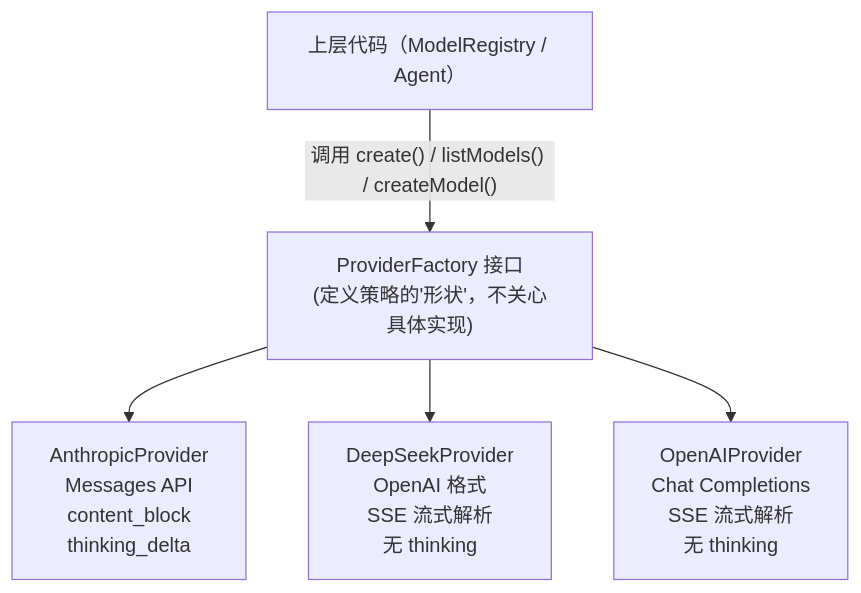
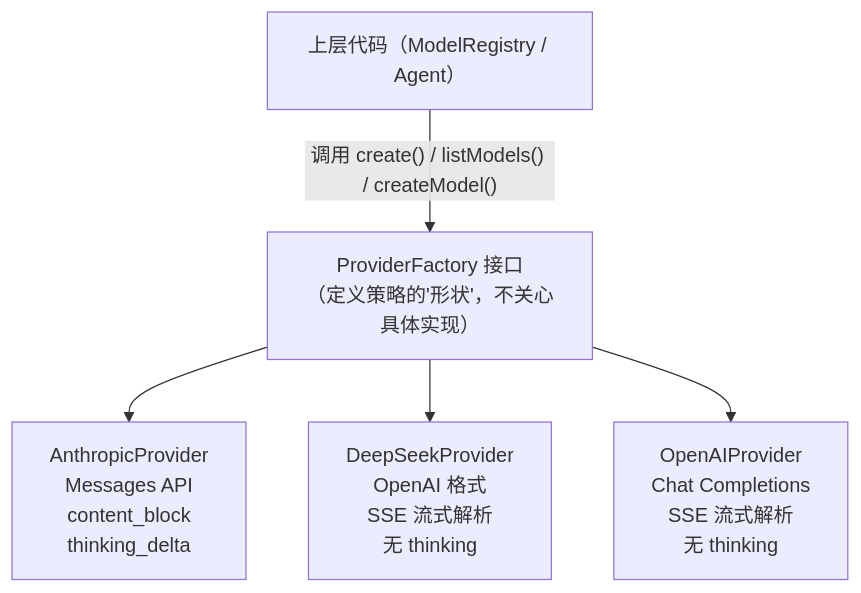
The diagram in docs/02-ai-layer/03-provider-pattern.md (KNeegcyao/my-easy-pi), drawn with Mermaid before and after one commit. The commit also changed 25 other files, not shown here.

First line of the commit message:
fix: 修复 Mermaid 图表语法错误

````diff
--- a/docs/02-ai-layer/03-provider-pattern.md
+++ b/docs/02-ai-layer/03-provider-pattern.md
@@ -37,7 +37,7 @@
 ```mermaid
 graph TB
-    A["上层代码（ModelRegistry / Agent）"] -->|"调用 create() / listModels() / createModel()"| B["ProviderFactory 接口<br>(定义策略的'形状'，不关心具体实现)"]
+    A["上层代码（ModelRegistry / Agent）"] -->|"调用 create() / listModels() / createModel()"| B["ProviderFactory 接口<br>（定义策略的'形状'，不关心具体实现）"]
     B --> C["AnthropicProvider<br>Messages API<br>content_block<br>thinking_delta"]
     B --> D["DeepSeekProvider<br>OpenAI 格式<br>SSE 流式解析<br>无 thinking"]
     B --> E["OpenAIProvider<br>Chat Completions<br>SSE 流式解析<br>无 thinking"]
 ```
````
